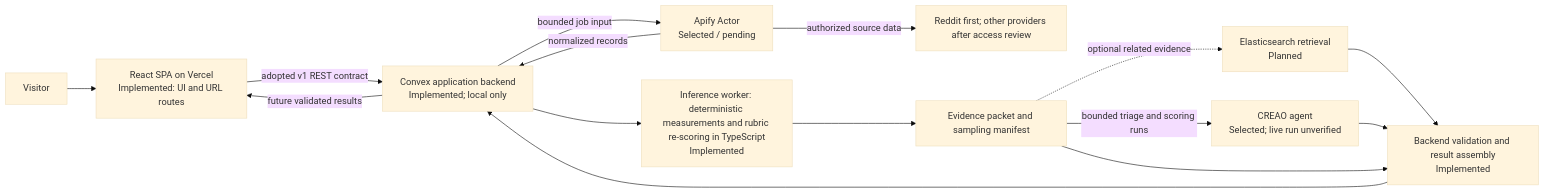
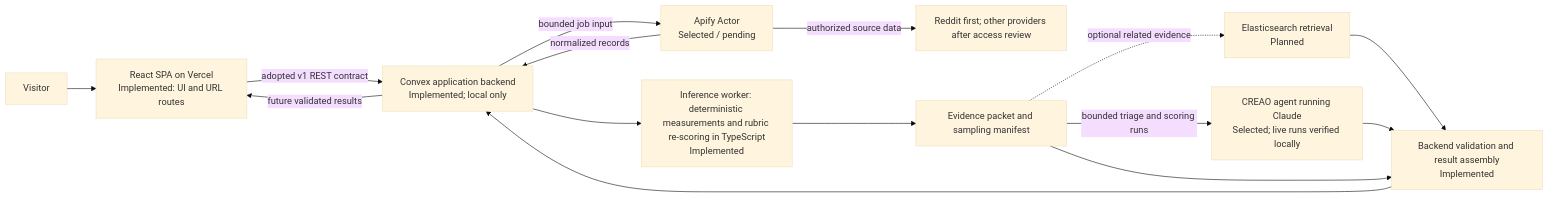
The second of 2 diagrams in SPEC.md (deadinternettheory-calhacks/dead-internet-theory), drawn with Mermaid (base theme) before and after one commit. The commit also changed other lines of this file and 4 other files, not shown here.

First line of the commit message:
docs(spec): state that inference is CREAO with Claude

````diff
--- a/SPEC.md
+++ b/SPEC.md
@@ -166,17 +166,17 @@
 ```mermaid
 flowchart LR
     Person[Visitor] --> Web[React SPA on Vercel<br/>Implemented: UI and URL routes]
     Web -->|adopted v1 REST contract| Convex[Convex application backend<br/>Implemented; local only]
     Convex -->|bounded job input| Apify[Apify Actor<br/>Selected / pending]
     Apify -->|authorized source data| Platform[Reddit first; other providers after access review]
     Apify -->|normalized records| Convex
     Convex --> Python[Inference worker: deterministic measurements and rubric re-scoring in TypeScript<br/>Implemented]
     Python --> Packet[Evidence packet and sampling manifest]
     Packet -. optional related evidence .-> Elastic[Elasticsearch retrieval<br/>Planned]
-    Packet -->|bounded triage and scoring runs| CREAO[CREAO agent<br/>Selected; live run unverified]
+    Packet -->|bounded triage and scoring runs| CREAO[CREAO agent running Claude<br/>Selected; live runs verified locally]
     Elastic --> Validate[Backend validation and result assembly<br/>Implemented]
     CREAO --> Validate
     Packet --> Validate
     Validate --> Convex
     Convex -->|future validated results| Web
 ```
````
